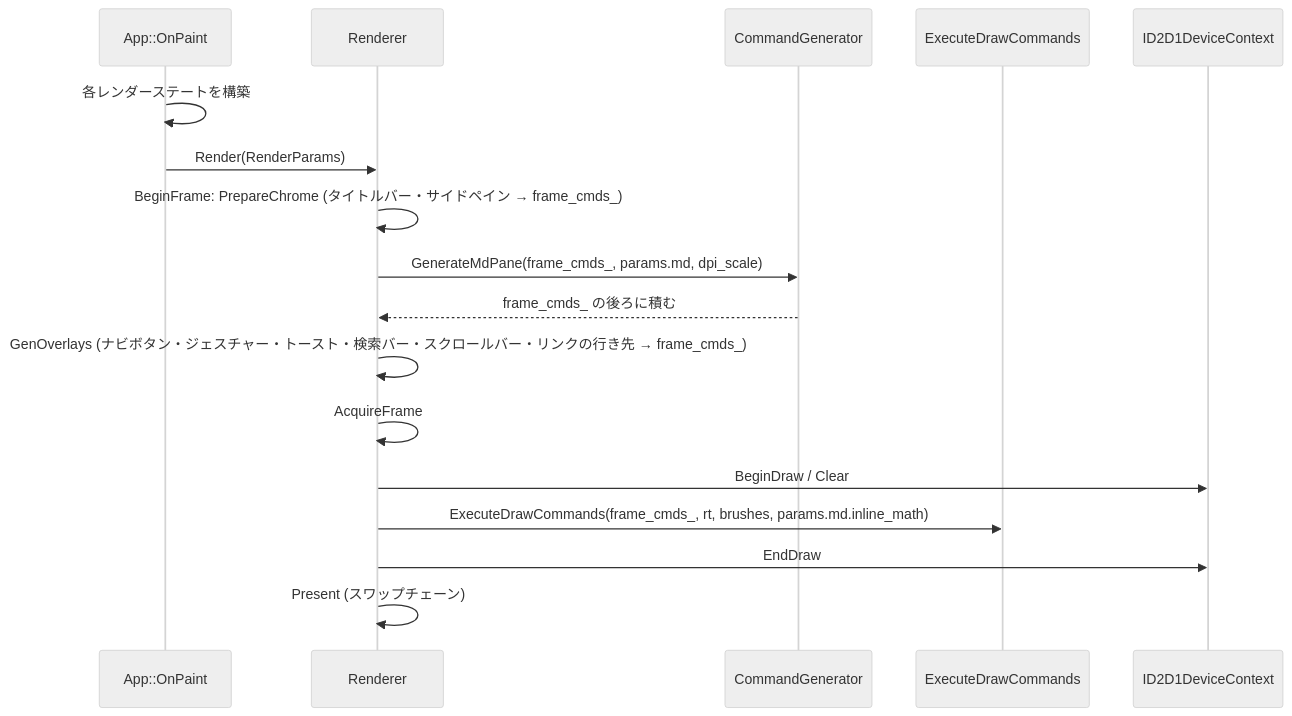
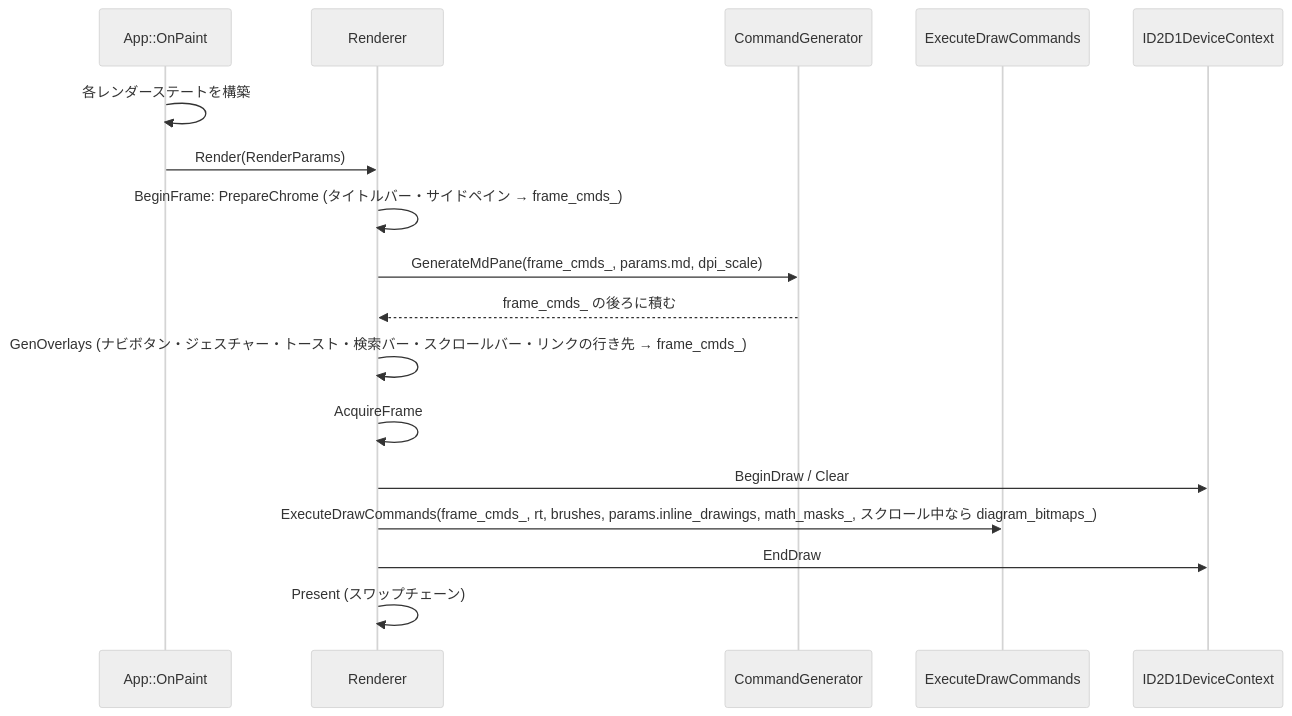
One commit to tanaton/mendo changed the fifth of 58 diagrams in example/test.md. Above: the diagram before and after it, drawn with Mermaid (neutral theme). The commit also changed other lines of this file and 91 other files, not shown here.

````diff
--- a/example/test.md
+++ b/example/test.md
@@ -768,20 +810,20 @@
 ```mermaid
 sequenceDiagram
     participant APP as App::OnPaint
     participant R as Renderer
     participant CG as CommandGenerator
     participant CE as ExecuteDrawCommands
     participant RT as ID2D1DeviceContext
 
     APP->>APP: 各レンダーステートを構築
     APP->>R: Render(RenderParams)
     R->>R: BeginFrame: PrepareChrome (タイトルバー・サイドペイン → frame_cmds_)
     R->>CG: GenerateMdPane(frame_cmds_, params.md, dpi_scale)
     CG-->>R: frame_cmds_ の後ろに積む
     R->>R: GenOverlays (ナビボタン・ジェスチャー・トースト・検索バー・スクロールバー・リンクの行き先 → frame_cmds_)
     R->>R: AcquireFrame
     R->>RT: BeginDraw / Clear
-    R->>CE: ExecuteDrawCommands(frame_cmds_, rt, brushes, params.md.inline_math)
+    R->>CE: ExecuteDrawCommands(frame_cmds_, rt, brushes, params.inline_drawings, math_masks_, スクロール中なら diagram_bitmaps_)
     R->>RT: EndDraw
     R->>R: Present (スワップチェーン)
 ```
````
